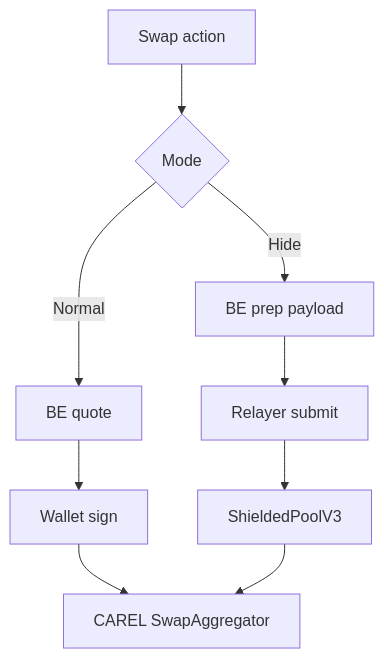
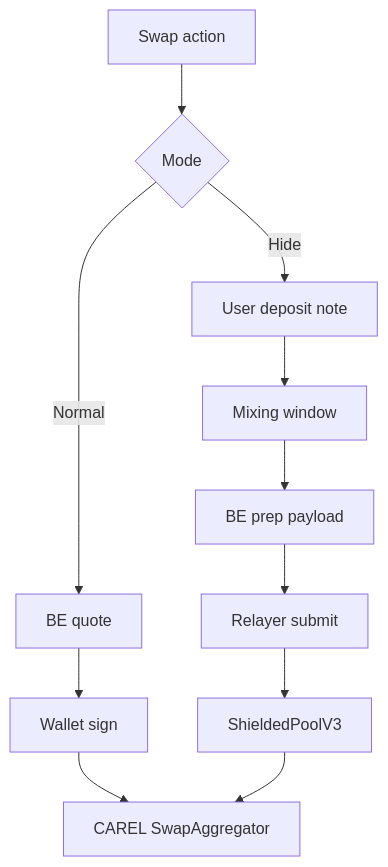
Before and after one commit to ntfound-dev/zkcarel_protocol: the third of 6 diagrams in README.md, drawn with Mermaid. The commit also changed other lines of this file and 1 other file, not shown here.

Commit message:
docs: align mode flow with note and rewards behavior

````diff
--- a/README.md
+++ b/README.md
@@ -175,12 +177,14 @@
 ```mermaid
 flowchart TD
   A[Swap action] --> B{Mode}
   B -->|Normal| N1[BE quote]
   N1 --> N2[Wallet sign]
   N2 --> SWAP[CAREL SwapAggregator]
 
-  B -->|Hide| H1[BE prep payload]
-  H1 --> H2[Relayer submit]
-  H2 --> H3[ShieldedPoolV3]
-  H3 --> SWAP
+  B -->|Hide| H1[User deposit note]
+  H1 --> H2[Mixing window]
+  H2 --> H3[BE prep payload]
+  H3 --> H4[Relayer submit]
+  H4 --> H5[ShieldedPoolV3]
+  H5 --> SWAP
 ```
````
